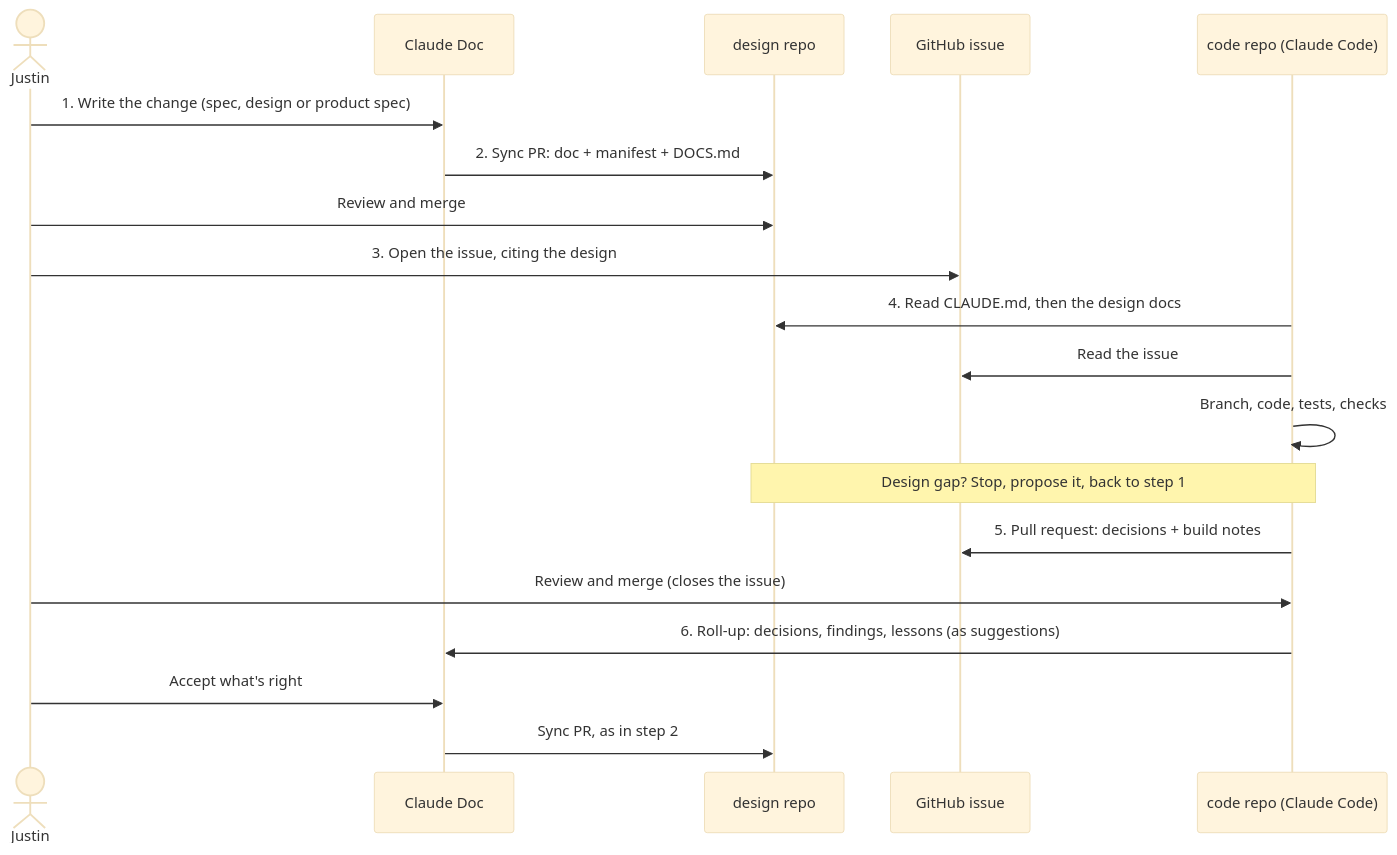
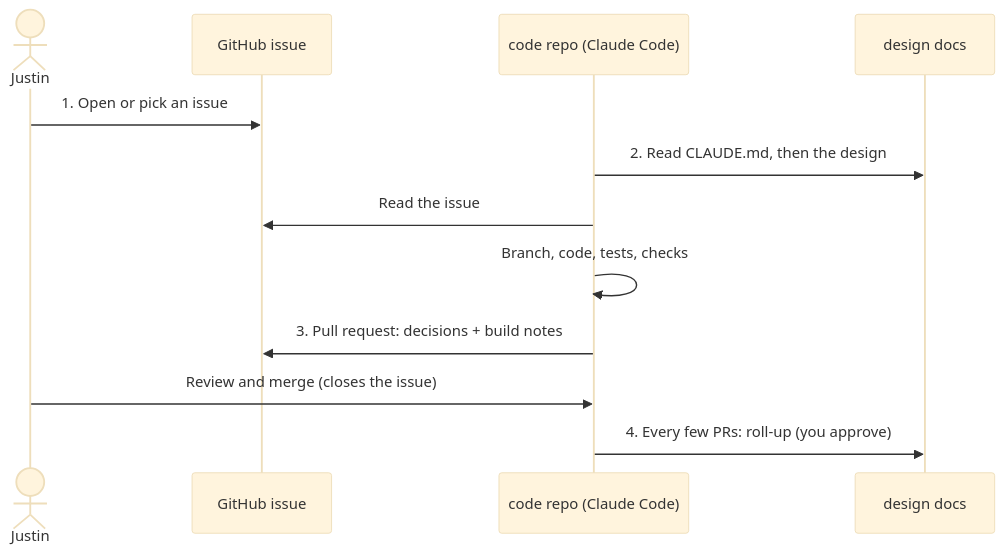
Before and after one commit to justinyurasits/design: the second of 2 diagrams in README.md, drawn with Mermaid (base theme). The commit also changed other lines of this file, not shown here.

First line of the commit message:
README: lead with the everyday loop, then the other paths and how often each file changes

````diff
--- a/README.md
+++ b/README.md
@@ -89,22 +91,15 @@
 ```mermaid
 sequenceDiagram
     actor J as Justin
-    participant CD as Claude Doc
-    participant D as design repo
     participant GH as GitHub issue
     participant CR as code repo (Claude Code)
+    participant D as design docs
 
-    J->>CD: 1. Write the change (spec, design or product spec)
-    CD->>D: 2. Sync PR: doc + manifest + DOCS.md
-    J->>D: Review and merge
-    J->>GH: 3. Open the issue, citing the design
-    CR->>D: 4. Read CLAUDE.md, then the design docs
+    J->>GH: 1. Open or pick an issue
+    CR->>D: 2. Read CLAUDE.md, then the design
     CR->>GH: Read the issue
     CR->>CR: Branch, code, tests, checks
-    Note over CR,D: Design gap? Stop, propose it, back to step 1
-    CR->>GH: 5. Pull request: decisions + build notes
+    CR->>GH: 3. Pull request: decisions + build notes
     J->>CR: Review and merge (closes the issue)
-    CR->>CD: 6. Roll-up: decisions, findings, lessons (as suggestions)
-    J->>CD: Accept what's right
-    CD->>D: Sync PR, as in step 2
+    CR->>D: 4. Every few PRs: roll-up (you approve)
 ```
````
